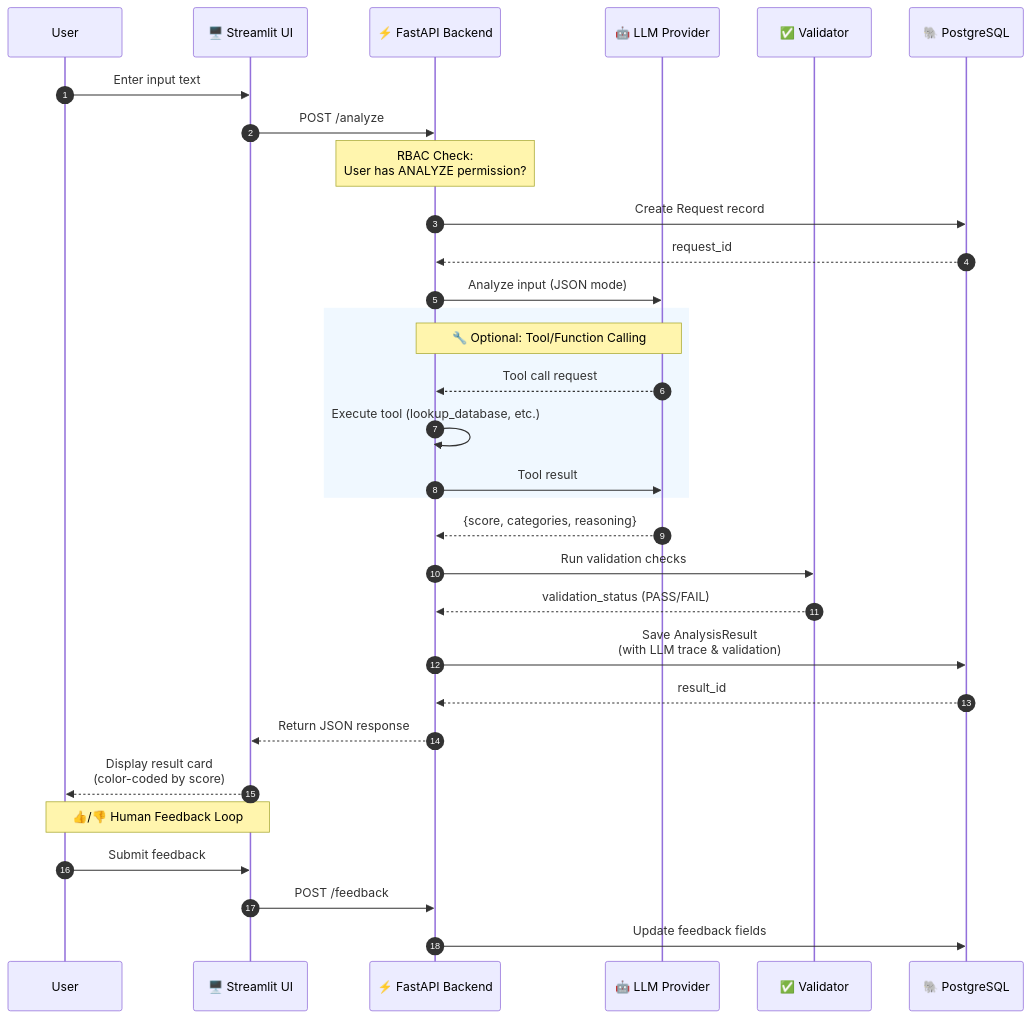
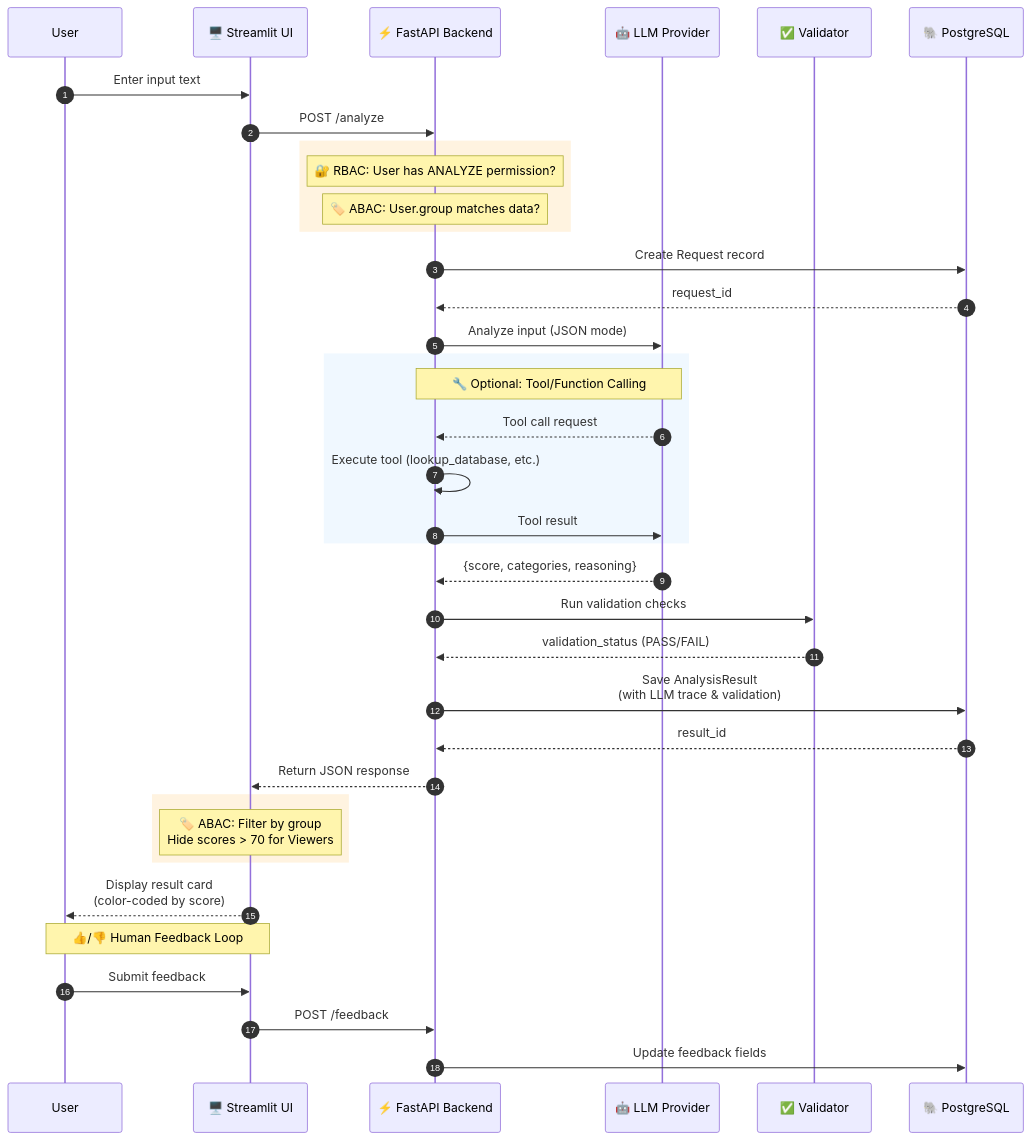
The third of 3 diagrams in README.md (vlzm/genai-accelerator), drawn with Mermaid before and after one commit. The commit also changed other lines of this file and 1 other file, not shown here.

Commit message:
Added abac and rbac to readme

````diff
--- a/README.md
+++ b/README.md
@@ -156,43 +158,51 @@
 ```mermaid
 sequenceDiagram
     autonumber
     participant User
     participant UI as 🖥️ Streamlit UI
     participant API as ⚡ FastAPI Backend
     participant LLM as 🤖 LLM Provider
     participant VAL as ✅ Validator
     participant DB as 🐘 PostgreSQL
 
     User->>UI: Enter input text
     UI->>API: POST /analyze
     
-    Note over API: RBAC Check:<br/>User has ANALYZE permission?
+    rect rgb(255, 243, 224)
+        Note over API: 🔐 RBAC: User has ANALYZE permission?
+        Note over API: 🏷️ ABAC: User.group matches data?
+    end
     
     API->>DB: Create Request record
     DB-->>API: request_id
     
     API->>LLM: Analyze input (JSON mode)
     
     rect rgb(240, 248, 255)
         Note over API,LLM: 🔧 Optional: Tool/Function Calling
         LLM-->>API: Tool call request
         API->>API: Execute tool (lookup_database, etc.)
         API->>LLM: Tool result
     end
     
     LLM-->>API: {score, categories, reasoning}
     
     API->>VAL: Run validation checks
     VAL-->>API: validation_status (PASS/FAIL)
     
     API->>DB: Save AnalysisResult<br/>(with LLM trace & validation)
     DB-->>API: result_id
     
     API-->>UI: Return JSON response
+    
+    rect rgb(255, 243, 224)
+        Note over UI: 🏷️ ABAC: Filter by group<br/>Hide scores > 70 for Viewers
+    end
+    
     UI-->>User: Display result card<br/>(color-coded by score)
     
     Note over User,UI: 👍/👎 Human Feedback Loop
     User->>UI: Submit feedback
     UI->>API: POST /feedback
     API->>DB: Update feedback fields
 ```
````
